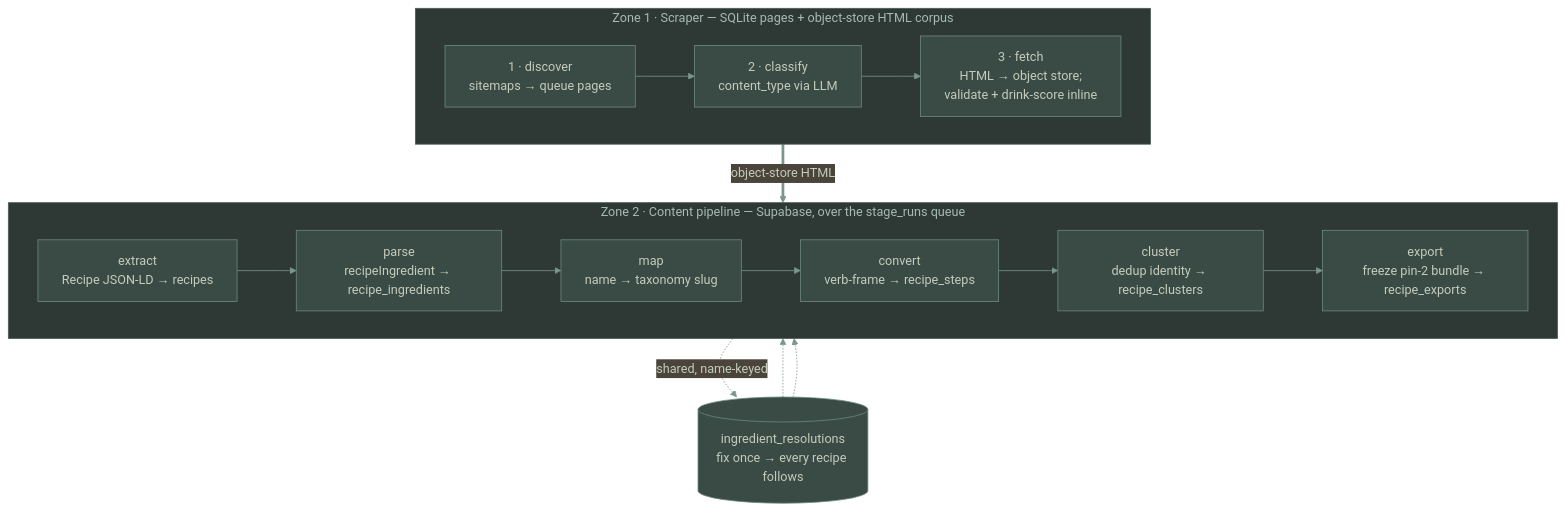
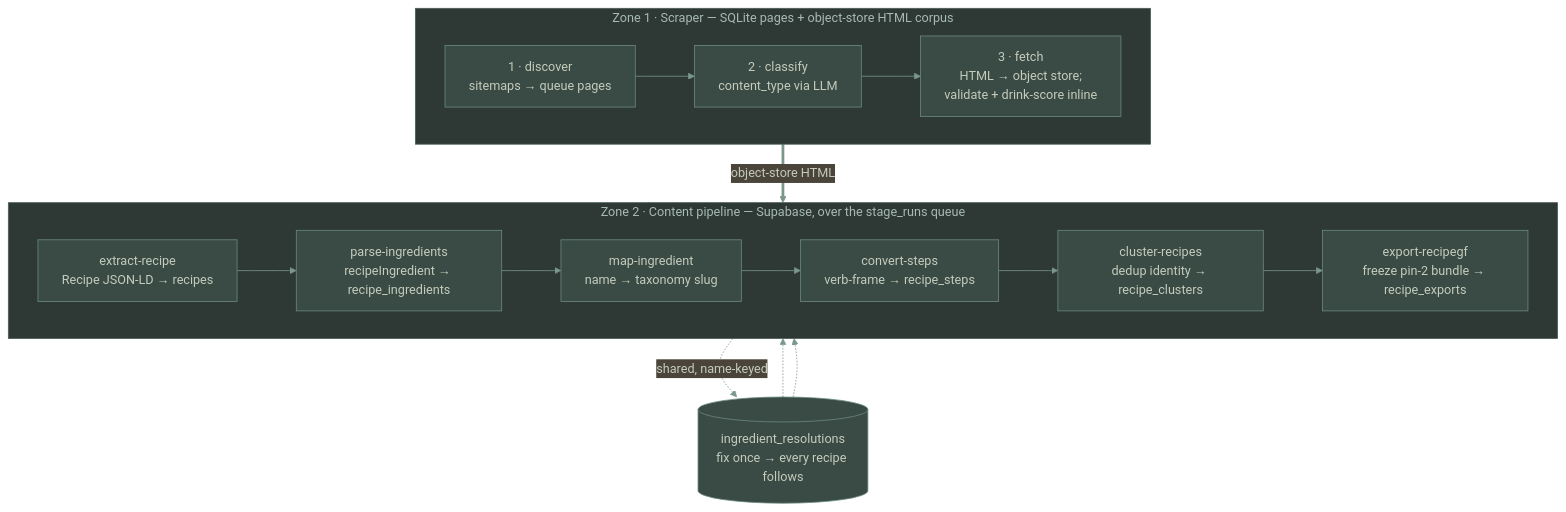
Before and after one commit to mrjogo/spiritolo: the diagram in docs/pipeline.md, drawn with Mermaid. The commit also changed other lines of this file and 56 other files, not shown here.

````diff
--- a/docs/pipeline.md
+++ b/docs/pipeline.md
@@ -17,36 +17,36 @@
 ```mermaid
 %%{init: {'theme':'base', 'themeVariables': {
   'background': '#2a3531',
   'primaryColor': '#3a4a44',
   'primaryTextColor': '#c4ccbd',
   'primaryBorderColor': '#6b8a82',
   'lineColor': '#7a978a',
   'clusterBkg': '#2e3936',
   'clusterBorder': '#4a5e58',
   'fontFamily': 'system-ui, -apple-system, sans-serif'
 }}}%%
 flowchart TD
     subgraph Z1 ["Zone 1 · Scraper — SQLite pages + object-store HTML corpus"]
         direction LR
         D["1 · discover<br/>sitemaps → queue pages"]
         C["2 · classify<br/>content_type via LLM"]
         F["3 · fetch<br/>HTML → object store;<br/>validate + drink-score inline"]
         D --> C --> F
     end
 
     subgraph Z2 ["Zone 2 · Content pipeline — Supabase, over the stage_runs queue"]
         direction LR
-        X["extract<br/>Recipe JSON-LD → recipes"]
-        P["parse<br/>recipeIngredient → recipe_ingredients"]
-        M["map<br/>name → taxonomy slug"]
-        CV["convert<br/>verb-frame → recipe_steps"]
-        CL["cluster<br/>dedup identity → recipe_clusters"]
-        EX["export<br/>freeze pin-2 bundle → recipe_exports"]
+        X["extract-recipe<br/>Recipe JSON-LD → recipes"]
+        P["parse-ingredients<br/>recipeIngredient → recipe_ingredients"]
+        M["map-ingredient<br/>name → taxonomy slug"]
+        CV["convert-steps<br/>verb-frame → recipe_steps"]
+        CL["cluster-recipes<br/>dedup identity → recipe_clusters"]
+        EX["export-recipegf<br/>freeze pin-2 bundle → recipe_exports"]
         X --> P --> M --> CV --> CL --> EX
     end
 
     F ==>|object-store HTML| X
     M -.->|shared, name-keyed| IR[("ingredient_resolutions<br/>fix once → every recipe follows")]
     IR -.-> CV
     IR -.-> EX
 ```
````
